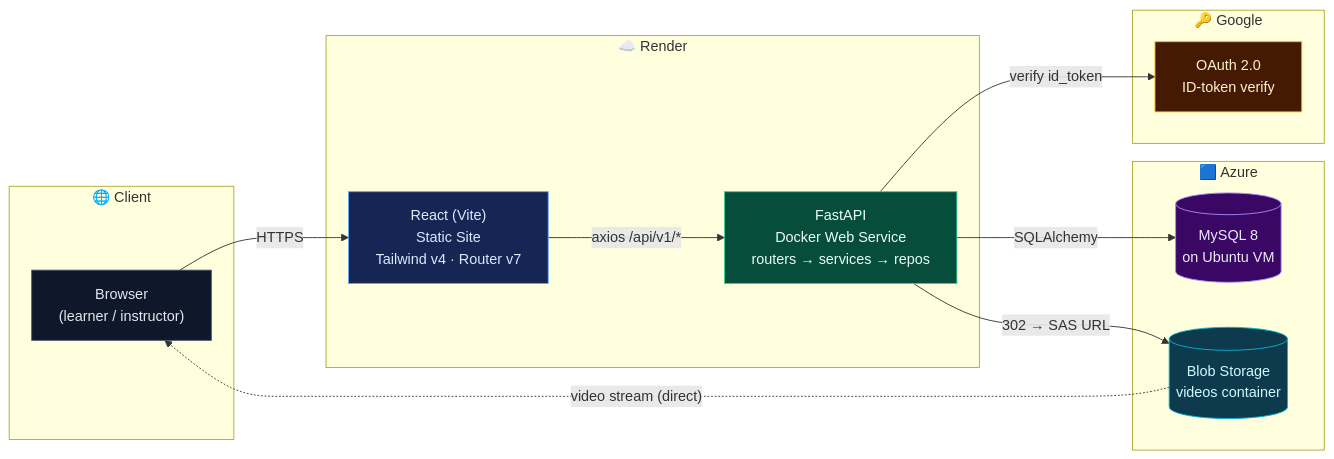
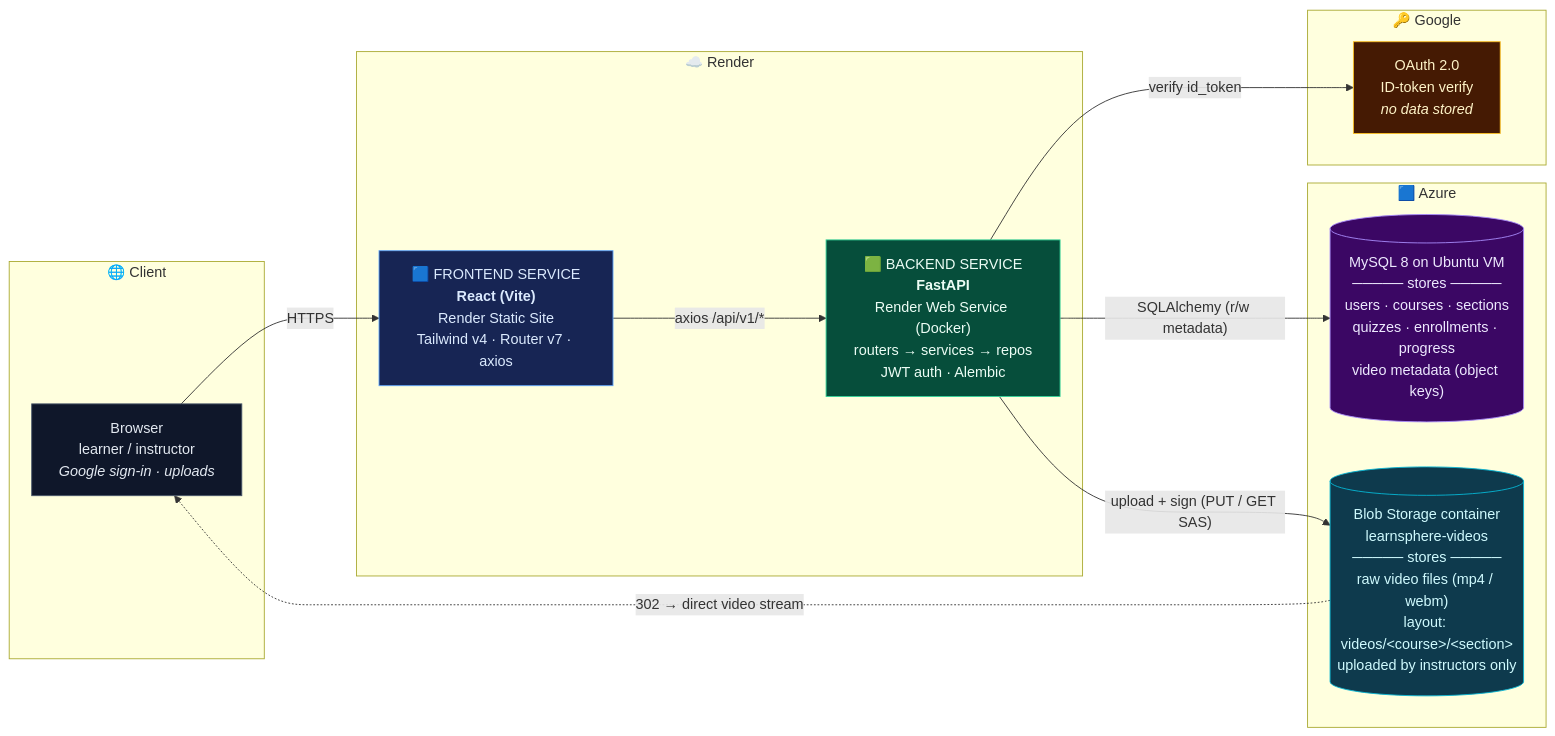
One commit to skmdsohel/Interactive_E-Learning_Course changed the diagram in README.md. Above: the diagram before and after it, drawn with Mermaid. The commit also changed other lines of this file and 1 other file, not shown here.

Commit message:
add architecture design

````diff
--- a/README.md
+++ b/README.md
@@ -39,41 +39,41 @@
 ```mermaid
 flowchart LR
     subgraph Client["🌐 Client"]
-        Browser["Browser<br/>(learner / instructor)"]
+        Browser["Browser<br/>learner / instructor<br/><i>Google sign-in · uploads</i>"]
     end
 
     subgraph Render["☁️ Render"]
-        React["React (Vite)<br/>Static Site<br/>Tailwind v4 · Router v7"]
-        FastAPI["FastAPI<br/>Docker Web Service<br/>routers → services → repos"]
+        React["🟦 FRONTEND SERVICE<br/><b>React (Vite)</b><br/>Render Static Site<br/>Tailwind v4 · Router v7 · axios"]
+        FastAPI["🟩 BACKEND SERVICE<br/><b>FastAPI</b><br/>Render Web Service (Docker)<br/>routers → services → repos<br/>JWT auth · Alembic"]
     end
 
     subgraph Google["🔑 Google"]
-        OAuth["OAuth 2.0<br/>ID-token verify"]
+        OAuth["OAuth 2.0<br/>ID-token verify<br/><i>no data stored</i>"]
     end
 
     subgraph Azure["🟦 Azure"]
-        MySQL[("MySQL 8<br/>on Ubuntu VM")]
-        Blob[("Blob Storage<br/>videos container")]
+        MySQL[("MySQL 8 on Ubuntu VM<br/>───── stores ─────<br/>users · courses · sections<br/>quizzes · enrollments · progress<br/>video metadata (object keys)")]
+        Blob[("Blob Storage container<br/>learnsphere-videos<br/>───── stores ─────<br/>raw video files (mp4 / webm)<br/>layout: videos/&lt;course&gt;/&lt;section&gt;<br/>uploaded by instructors only")]
     end
 
     Browser -- HTTPS --> React
     React -- "axios /api/v1/*" --> FastAPI
     FastAPI -- "verify id_token" --> OAuth
-    FastAPI -- SQLAlchemy --> MySQL
-    FastAPI -- "302 → SAS URL" --> Blob
-    Blob -. "video stream (direct)" .-> Browser
+    FastAPI -- "SQLAlchemy (r/w metadata)" --> MySQL
+    FastAPI -- "upload + sign (PUT / GET SAS)" --> Blob
+    Blob -. "302 → direct video stream" .-> Browser
 
-    classDef edge fill:#0f172a,stroke:#475569,color:#e2e8f0;
-    classDef api  fill:#064e3b,stroke:#34d399,color:#ecfdf5;
-    classDef web  fill:#172554,stroke:#60a5fa,color:#dbeafe;
-    classDef db   fill:#3b0764,stroke:#a78bfa,color:#ede9fe;
-    classDef blob fill:#0e3a4d,stroke:#06b6d4,color:#cffafe;
+    classDef web   fill:#172554,stroke:#60a5fa,color:#dbeafe;
+    classDef api   fill:#064e3b,stroke:#34d399,color:#ecfdf5;
+    classDef db    fill:#3b0764,stroke:#a78bfa,color:#ede9fe;
+    classDef blob  fill:#0e3a4d,stroke:#06b6d4,color:#cffafe;
     classDef oauth fill:#451a03,stroke:#fbbf24,color:#fef3c7;
+    classDef edge  fill:#0f172a,stroke:#475569,color:#e2e8f0;
 
     class Browser edge;
     class React web;
     class FastAPI api;
     class OAuth oauth;
     class MySQL db;
     class Blob blob;
 ```
````
